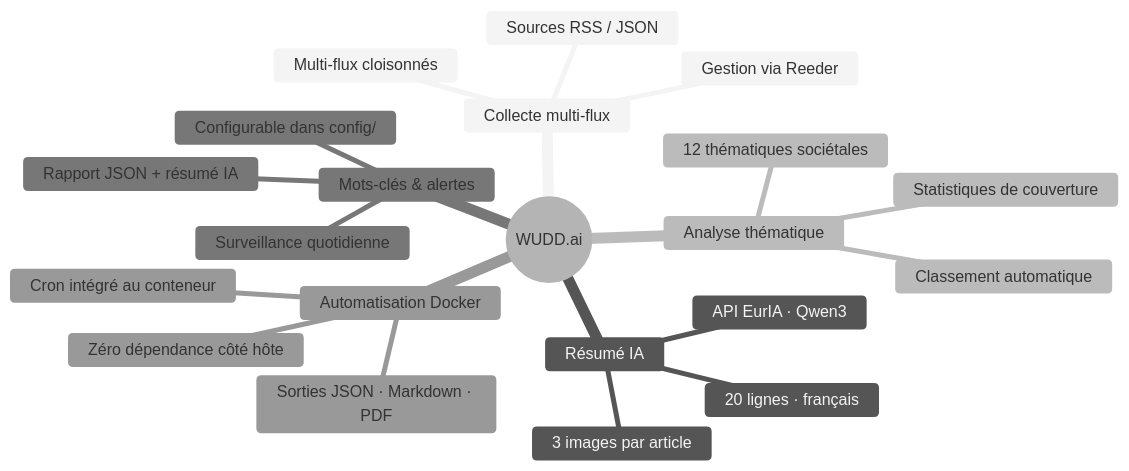
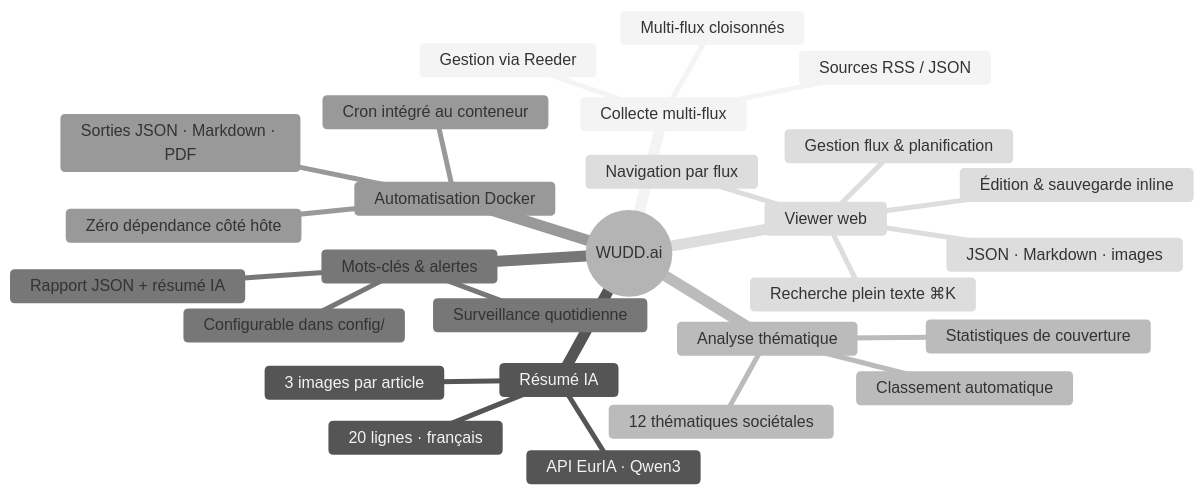
Before and after one commit to pat-the-geek/AnalyseActualites: the diagram in README.md, drawn with Mermaid (neutral theme).

Commit message:
docs: ajouter Viewer web dans le mindmap de présentation

````diff
--- a/README.md
+++ b/README.md
@@ -53,24 +53,30 @@
 ```mermaid
 mindmap
   root((WUDD.ai))
     Collecte multi-flux
       Sources RSS / JSON
       Gestion via Reeder
       Multi-flux cloisonnés
     Résumé IA
       API EurIA · Qwen3
       20 lignes · français
       3 images par article
     Analyse thématique
       12 thématiques sociétales
       Statistiques de couverture
       Classement automatique
     Mots-clés & alertes
       Surveillance quotidienne
       Rapport JSON + résumé IA
       Configurable dans config/
     Automatisation Docker
       Cron intégré au conteneur
       Sorties JSON · Markdown · PDF
       Zéro dépendance côté hôte
+    Viewer web
+      Navigation par flux
+      JSON · Markdown · images
+      Recherche plein texte ⌘K
+      Édition & sauvegarde inline
+      Gestion flux & planification
 ```
````
